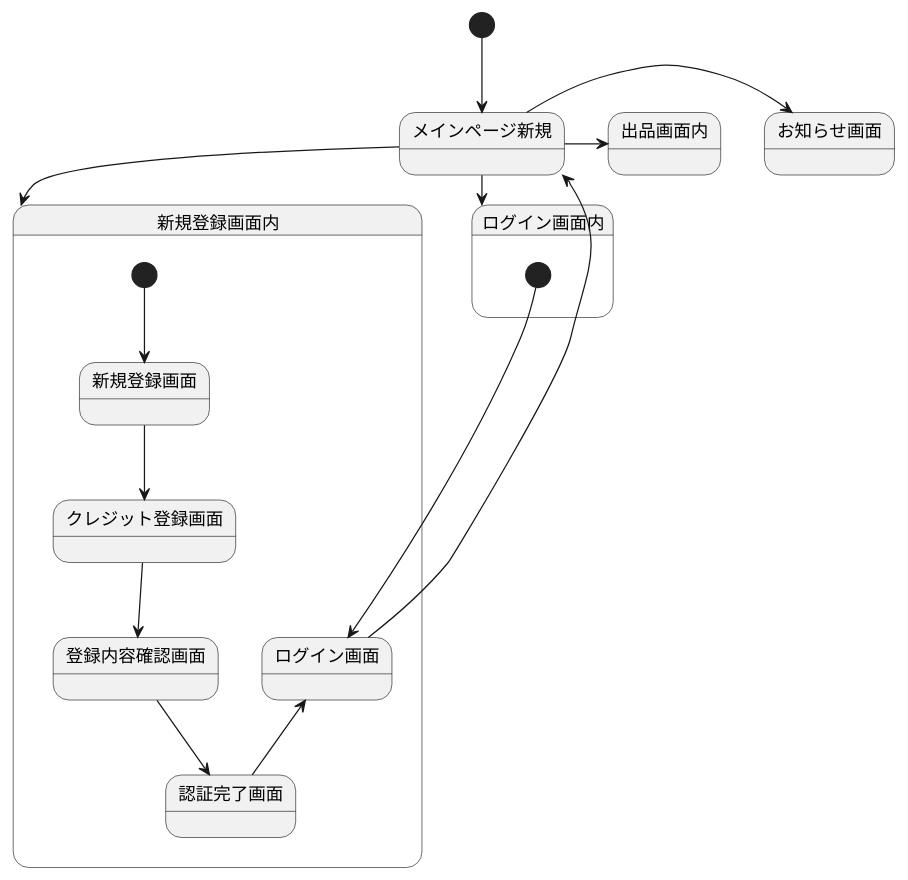
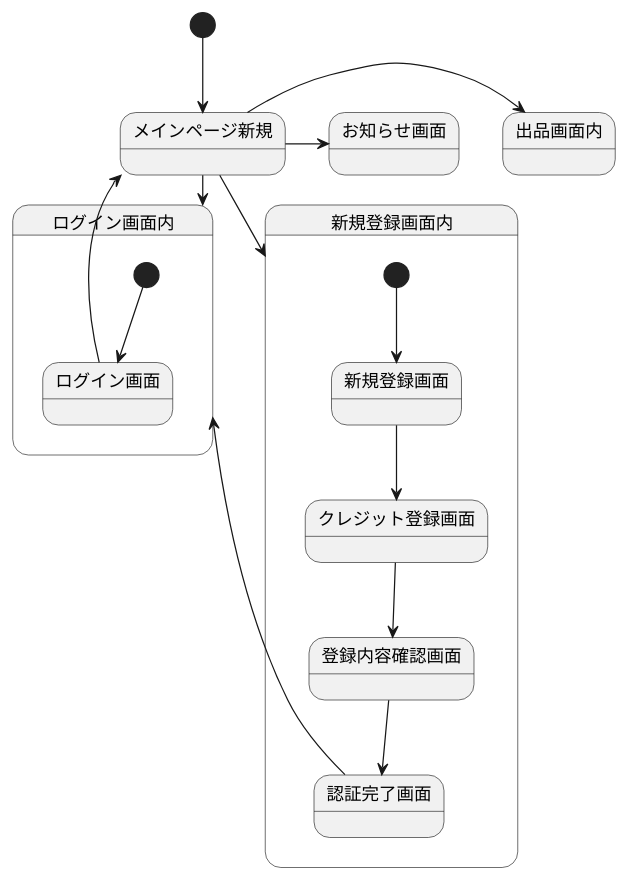
Before and after one commit to Aso2001147/2021SystemDesign: the diagram in 画面遷移図.md, drawn with PlantUML.

````diff
--- a/画面遷移図.md
+++ b/画面遷移図.md
@@ -1,24 +1,24 @@
 ```uml
 @startuml
 [*] --> メインページ新規
 メインページ新規 -> お知らせ画面
 メインページ新規 --> ログイン画面内
 メインページ新規 --> 新規登録画面内
 メインページ新規 -> 出品画面内
 
 state 新規登録画面内{
 [*] --> 新規登録画面
 新規登録画面 -down-> クレジット登録画面
 クレジット登録画面 -down-> 登録内容確認画面
 登録内容確認画面 -down-> 認証完了画面
-認証完了画面 -up-> ログイン画面
+認証完了画面 -up-> ログイン画面内
 }
 
 state ログイン画面内{
 [*] -down-> ログイン画面
 ログイン画面 -up-> メインページ新規
 }
 
 
 @enduml
 ```
````
